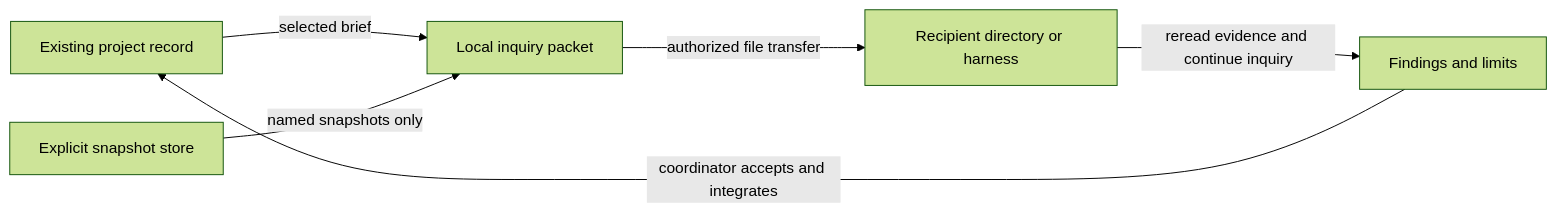
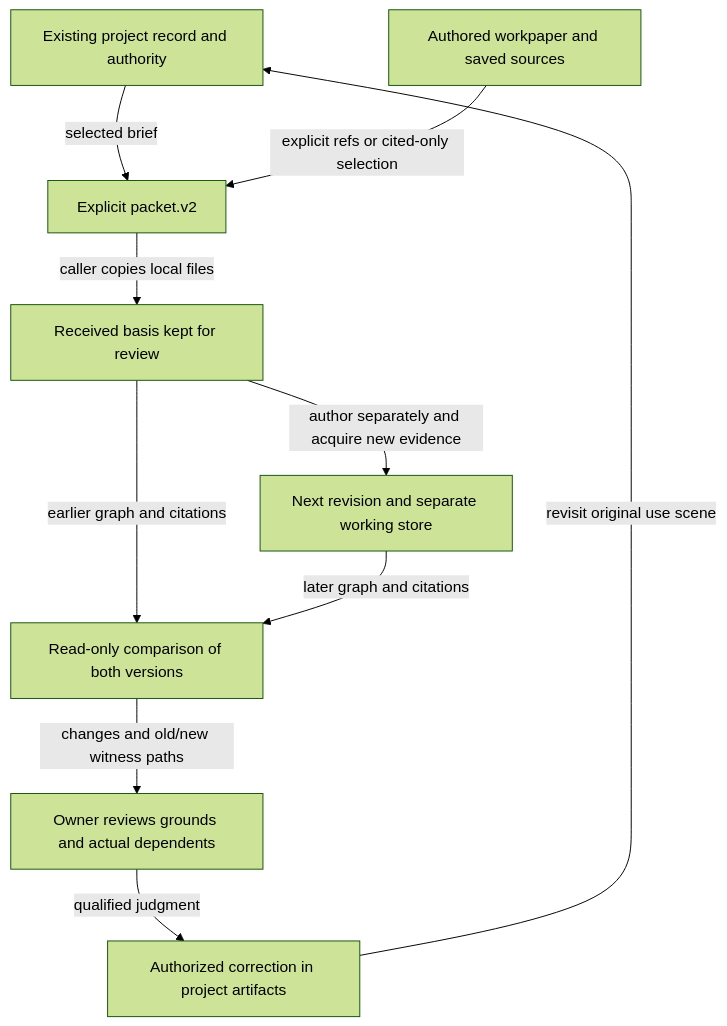
The fourth of 4 diagrams in plugins/soundings/docs/design.md (IndelibleVivi/soundings), drawn with Mermaid (forest theme) before and after one commit. The commit also changed other lines of this file and 17 other files, not shown here.

Commit message:
support portable inquiry continuation and revision

````diff
--- a/plugins/soundings/docs/design.md
+++ b/plugins/soundings/docs/design.md
@@ -200,8 +222,21 @@
 ```mermaid
-flowchart LR
-    R[Existing project record] -->|selected brief| P[Local inquiry packet]
-    S[Explicit snapshot store] -->|named snapshots only| P
-    P -->|authorized file transfer| T[Recipient directory or harness]
-    T -->|reread evidence and continue inquiry| J[Findings and limits]
-    J -->|coordinator accepts and integrates| R
+flowchart TB
+    P[Existing project record and authority]
+    S[Authored workpaper and saved sources]
+    T[Explicit packet.v2]
+    B[Received basis kept for review]
+    N[Next revision and separate working store]
+    C[Read-only comparison of both versions]
+    J[Owner reviews grounds and actual dependents]
+    A[Authorized correction in project artifacts]
+
+    P -->|selected brief| T
+    S -->|explicit refs or cited-only selection| T
+    T -->|caller copies local files| B
+    B -->|author separately and acquire new evidence| N
+    B -->|earlier graph and citations| C
+    N -->|later graph and citations| C
+    C -->|changes and old/new witness paths| J
+    J -->|qualified judgment| A
+    A -->|revisit original use scene| P
 ```
````
